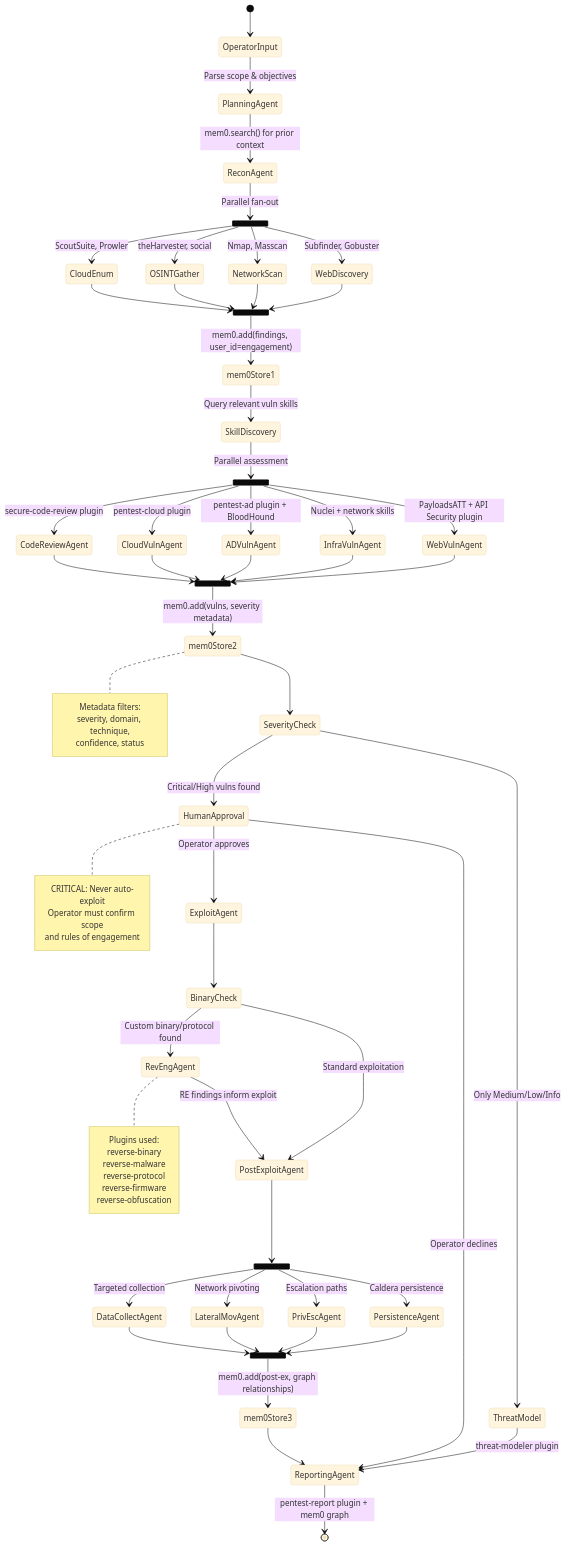
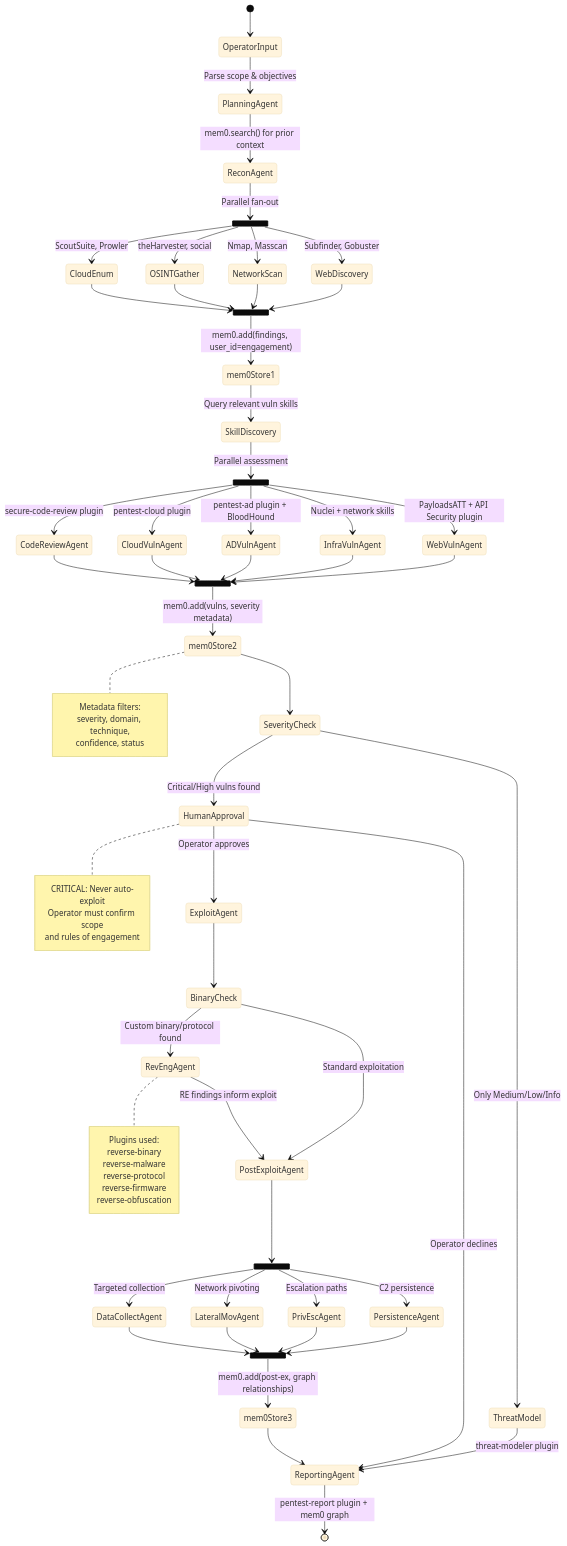
One commit to cmndcntrlcyber/rtpi changed the diagram in docs/enhancements/2.5/langgraph-state-machine.mermaid. Above: the diagram before and after it, drawn with Mermaid (base theme). The commit also changed 45 other files, not shown here.

```diff
--- a/docs/enhancements/2.5/langgraph-state-machine.mermaid
+++ b/docs/enhancements/2.5/langgraph-state-machine.mermaid
@@ -1,102 +1,102 @@
 %% RTPI LangGraph Orchestrator State Machine
 %% Use: Reference for implementing StateGraph nodes and edges
 %% File: docs/diagrams/langgraph-state-machine.mermaid
 
 stateDiagram-v2
     [*] --> OperatorInput
     OperatorInput --> PlanningAgent: Parse scope & objectives
     
     PlanningAgent --> ReconAgent: mem0.search() for prior context
     
     state ReconFork <<fork>>
     ReconAgent --> ReconFork: Parallel fan-out
     
     ReconFork --> WebDiscovery: Subfinder, Gobuster
     ReconFork --> NetworkScan: Nmap, Masscan
     ReconFork --> OSINTGather: theHarvester, social
     ReconFork --> CloudEnum: ScoutSuite, Prowler
     
     state ReconJoin <<join>>
     WebDiscovery --> ReconJoin
     NetworkScan --> ReconJoin
     OSINTGather --> ReconJoin
     CloudEnum --> ReconJoin
     
     ReconJoin --> mem0Store1: mem0.add(findings, user_id=engagement)
     mem0Store1 --> SkillDiscovery: Query relevant vuln skills
     
     state VulnFork <<fork>>
     SkillDiscovery --> VulnFork: Parallel assessment
     
     VulnFork --> WebVulnAgent: PayloadsATT + API Security plugin
     VulnFork --> InfraVulnAgent: Nuclei + network skills
     VulnFork --> ADVulnAgent: pentest-ad plugin + BloodHound
     VulnFork --> CloudVulnAgent: pentest-cloud plugin
     VulnFork --> CodeReviewAgent: secure-code-review plugin
     
     state VulnJoin <<join>>
     WebVulnAgent --> VulnJoin
     InfraVulnAgent --> VulnJoin
     ADVulnAgent --> VulnJoin
     CloudVulnAgent --> VulnJoin
     CodeReviewAgent --> VulnJoin
     
     VulnJoin --> mem0Store2: mem0.add(vulns, severity metadata)
     mem0Store2 --> SeverityCheck
     
     state SeverityCheck <<choice>>
     SeverityCheck --> HumanApproval: Critical/High vulns found
     SeverityCheck --> ThreatModel: Only Medium/Low/Info
     
     ThreatModel --> ReportingAgent: threat-modeler plugin
     
     HumanApproval --> ExploitAgent: Operator approves
     HumanApproval --> ReportingAgent: Operator declines
     
     ExploitAgent --> BinaryCheck
     
     state BinaryCheck <<choice>>
     BinaryCheck --> RevEngAgent: Custom binary/protocol found
     BinaryCheck --> PostExploitAgent: Standard exploitation
     
     RevEngAgent --> PostExploitAgent: RE findings inform exploit
     
     state PostExFork <<fork>>
     PostExploitAgent --> PostExFork
     
-    PostExFork --> PersistenceAgent: Caldera persistence
+    PostExFork --> PersistenceAgent: C2 persistence
     PostExFork --> PrivEscAgent: Escalation paths
     PostExFork --> LateralMovAgent: Network pivoting
     PostExFork --> DataCollectAgent: Targeted collection
     
     state PostExJoin <<join>>
     PersistenceAgent --> PostExJoin
     PrivEscAgent --> PostExJoin
     LateralMovAgent --> PostExJoin
     DataCollectAgent --> PostExJoin
     
     PostExJoin --> mem0Store3: mem0.add(post-ex, graph relationships)
     mem0Store3 --> ReportingAgent
     
     ReportingAgent --> [*]: pentest-report plugin + mem0 graph
     
     note right of HumanApproval
         CRITICAL: Never auto-exploit
         Operator must confirm scope
         and rules of engagement
     end note
     
     note right of mem0Store2
         Metadata filters:
         severity, domain, technique,
         confidence, status
     end note
     
     note right of RevEngAgent
         Plugins used:
         reverse-binary
         reverse-malware
         reverse-protocol
         reverse-firmware
         reverse-obfuscation
     end note
```
